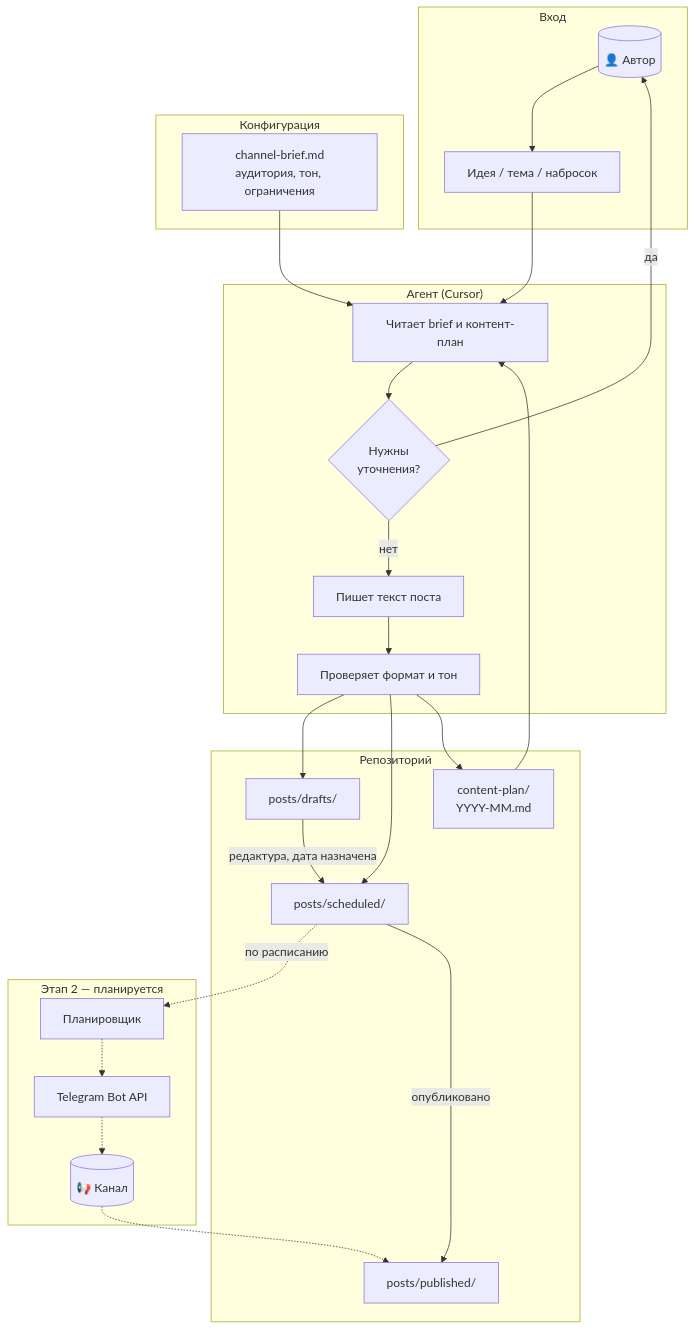
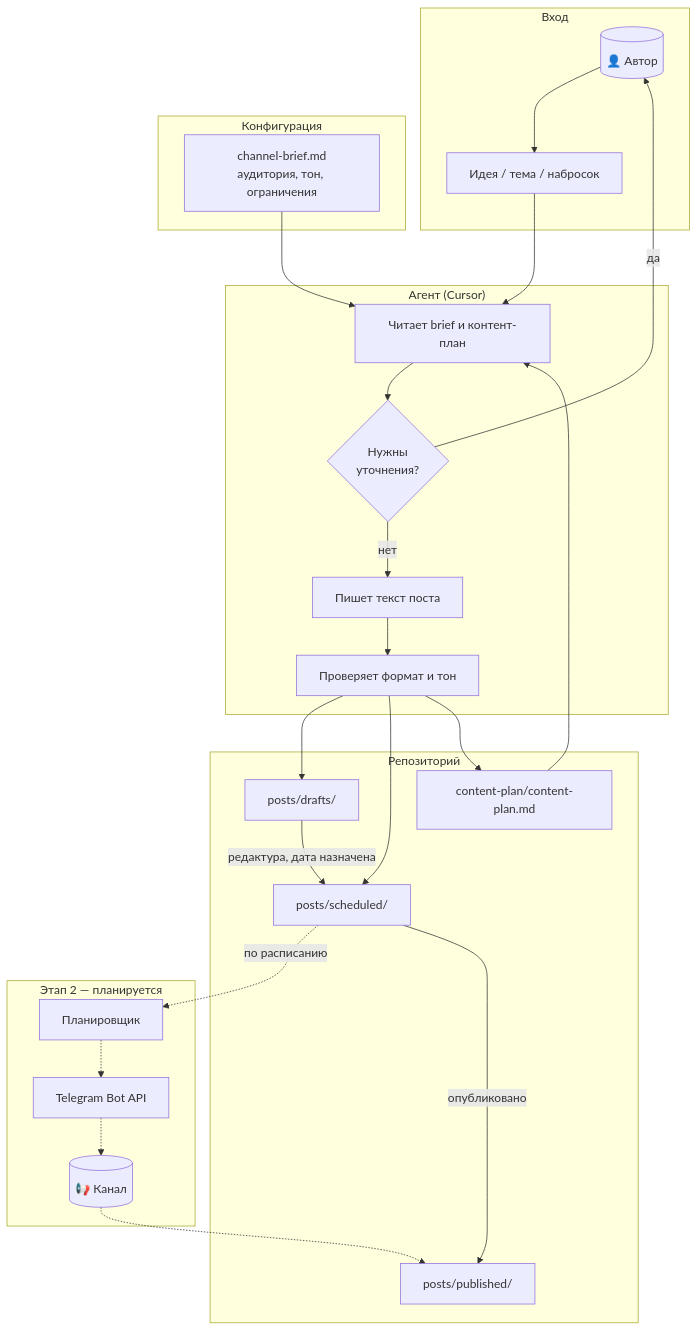
One commit to serejaris/tg-bot-writer changed the first of 3 diagrams in README.md. Above: the diagram before and after it, drawn with Mermaid. The commit also changed other lines of this file and 7 other files, not shown here.

````diff
--- a/README.md
+++ b/README.md
@@ -9,51 +9,51 @@
 ```mermaid
 flowchart TB
     subgraph input["Вход"]
         U[("👤 Автор")]
         I["Идея / тема / набросок"]
     end
 
     subgraph config["Конфигурация"]
         B["channel-brief.md<br/>аудитория, тон, ограничения"]
     end
 
     subgraph agent["Агент (Cursor)"]
         R["Читает brief и контент-план"]
         Q{"Нужны<br/>уточнения?"}
         W["Пишет текст поста"]
         V["Проверяет формат и тон"]
     end
 
     subgraph storage["Репозиторий"]
-        CP["content-plan/<br/>YYYY-MM.md"]
+        CP["content-plan/content-plan.md"]
         D["posts/drafts/"]
         S["posts/scheduled/"]
         P["posts/published/"]
     end
 
     subgraph future["Этап 2 — планируется"]
         CRON["Планировщик"]
         BOT["Telegram Bot API"]
         CH[("📢 Канал")]
     end
 
     U --> I
     I --> R
     B --> R
     CP --> R
     R --> Q
     Q -->|да| U
     Q -->|нет| W
     W --> V
     V --> D
     V --> S
     V --> CP
 
     S -.->|по расписанию| CRON
     CRON -.-> BOT
     BOT -.-> CH
     CH -.-> P
 
     D -->|"редактура, дата назначена"| S
     S -->|"опубликовано"| P
 ```
````
